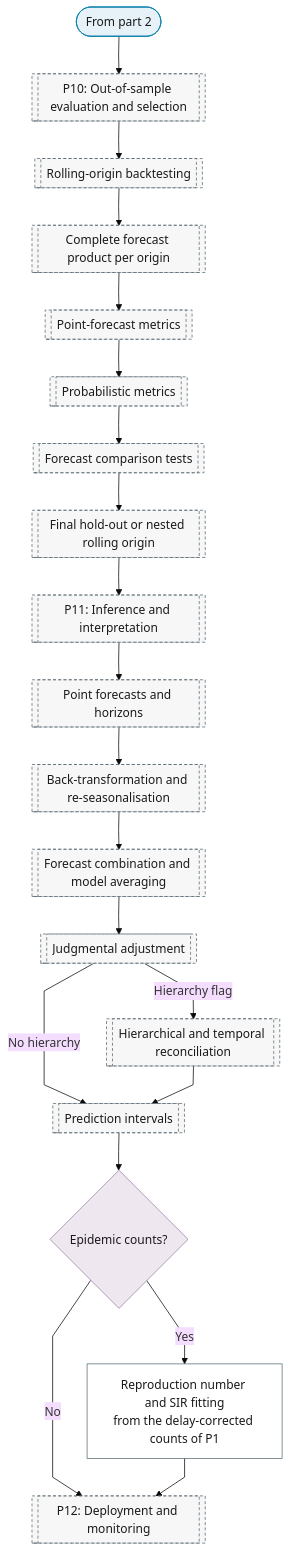
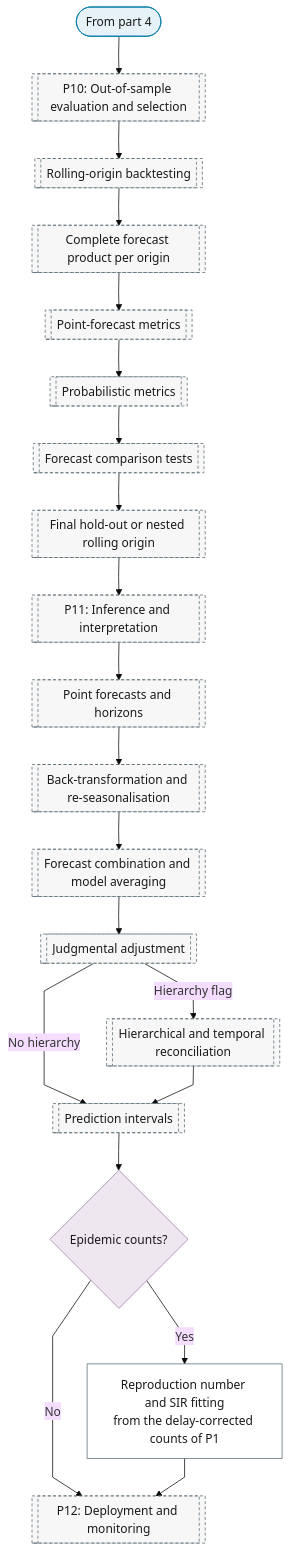
The fifth of 5 diagrams in docs/01-workflow/p00-purpose/01-forecasting.md (Shuxin-Y/time-series-analysis-manual), drawn with Mermaid (base theme) before and after one commit. The commit also changed other lines of this file and 20 other files, not shown here.

First line of the commit message:
fix(charts): one placement per purpose leaf; branch table; exits and labels

````diff
--- a/docs/01-workflow/p00-purpose/01-forecasting.md
+++ b/docs/01-workflow/p00-purpose/01-forecasting.md
@@ -73,35 +111,35 @@
 ```mermaid
 %%{init: {"flowchart": {"curve": "linear"}}}%%
 graph TD
-    P0_FC_PART_3_IN(["From part 2"]) --> P10[["P10: Out-of-sample evaluation and selection"]]
+    P0_FC_PART_5_IN(["From part 4"]) --> P10[["P10: Out-of-sample evaluation and selection"]]
     P10 --> P10_ROLLING_ORIGIN[["Rolling-origin backtesting"]]
     P10_ROLLING_ORIGIN --> P10_FORECAST_PRODUCT[["Complete forecast product per origin"]]
     P10_FORECAST_PRODUCT --> P10_POINT_METRICS[["Point-forecast metrics"]]
     P10_POINT_METRICS --> P10_PROBABILISTIC_METRICS[["Probabilistic metrics"]]
     P10_PROBABILISTIC_METRICS --> P10_FORECAST_COMPARISON[["Forecast comparison tests"]]
     P10_FORECAST_COMPARISON --> P10_FINAL_HOLDOUT[["Final hold-out or nested rolling origin"]]
     P10_FINAL_HOLDOUT --> P11[["P11: Inference and interpretation"]]
     P11 --> P11_POINT_FORECASTS[["Point forecasts and horizons"]]
     P11_POINT_FORECASTS --> P11_BACK_TRANSFORM[["Back-transformation and re-seasonalisation"]]
     P11_BACK_TRANSFORM --> P11_COMBINATION[["Forecast combination and model averaging"]]
     P11_COMBINATION --> P11_JUDGMENTAL[["Judgmental adjustment"]]
     P11_JUDGMENTAL -->|"Hierarchy flag"| P11_RECONCILIATION[["Hierarchical and temporal reconciliation"]]
     P11_JUDGMENTAL -->|"No hierarchy"| P11_INTERVALS
     P11_RECONCILIATION --> P11_INTERVALS[["Prediction intervals"]]
     P11_INTERVALS --> P0_FC_DOMAIN{"Epidemic counts?"}
     P0_FC_DOMAIN -->|"Yes"| P0_FC_EPIDEMIC["Reproduction number and SIR fitting<br/>from the delay-corrected counts of P1"]
     P0_FC_DOMAIN -->|"No"| P12
     P0_FC_EPIDEMIC --> P12[["P12: Deployment and monitoring"]]
-    class P0_FC_PART_3_IN terminator
+    class P0_FC_PART_5_IN terminator
     class P0_FC_DOMAIN decision
     class P0_FC_EPIDEMIC process
     class P10,P10_ROLLING_ORIGIN,P10_FORECAST_PRODUCT,P10_POINT_METRICS,P10_PROBABILISTIC_METRICS,P10_FORECAST_COMPARISON,P10_FINAL_HOLDOUT,P11,P11_POINT_FORECASTS,P11_INTERVALS,P11_BACK_TRANSFORM,P11_COMBINATION,P11_JUDGMENTAL,P11_RECONCILIATION,P12 ref
     classDef terminator fill:#E6F2F7,stroke:#007BA7,color:#1A1A1A;
     classDef process fill:#FFFFFF,stroke:#5A6B73,color:#1A1A1A;
     classDef decision fill:#EFE7F0,stroke:#9B7FA7,color:#1A1A1A;
     classDef data fill:#FFF4E0,stroke:#C9A55E,color:#1A1A1A;
     classDef good fill:#DCEFD8,stroke:#4A7A3F,color:#1A1A1A;
     classDef escalate fill:#FFE9C2,stroke:#C9A55E,color:#1A1A1A;
     classDef problem fill:#F2D9DE,stroke:#800020,color:#1A1A1A;
     classDef ref fill:#F7F7F7,stroke:#5A6B73,color:#1A1A1A,stroke-dasharray:4 3;
 ```
````
